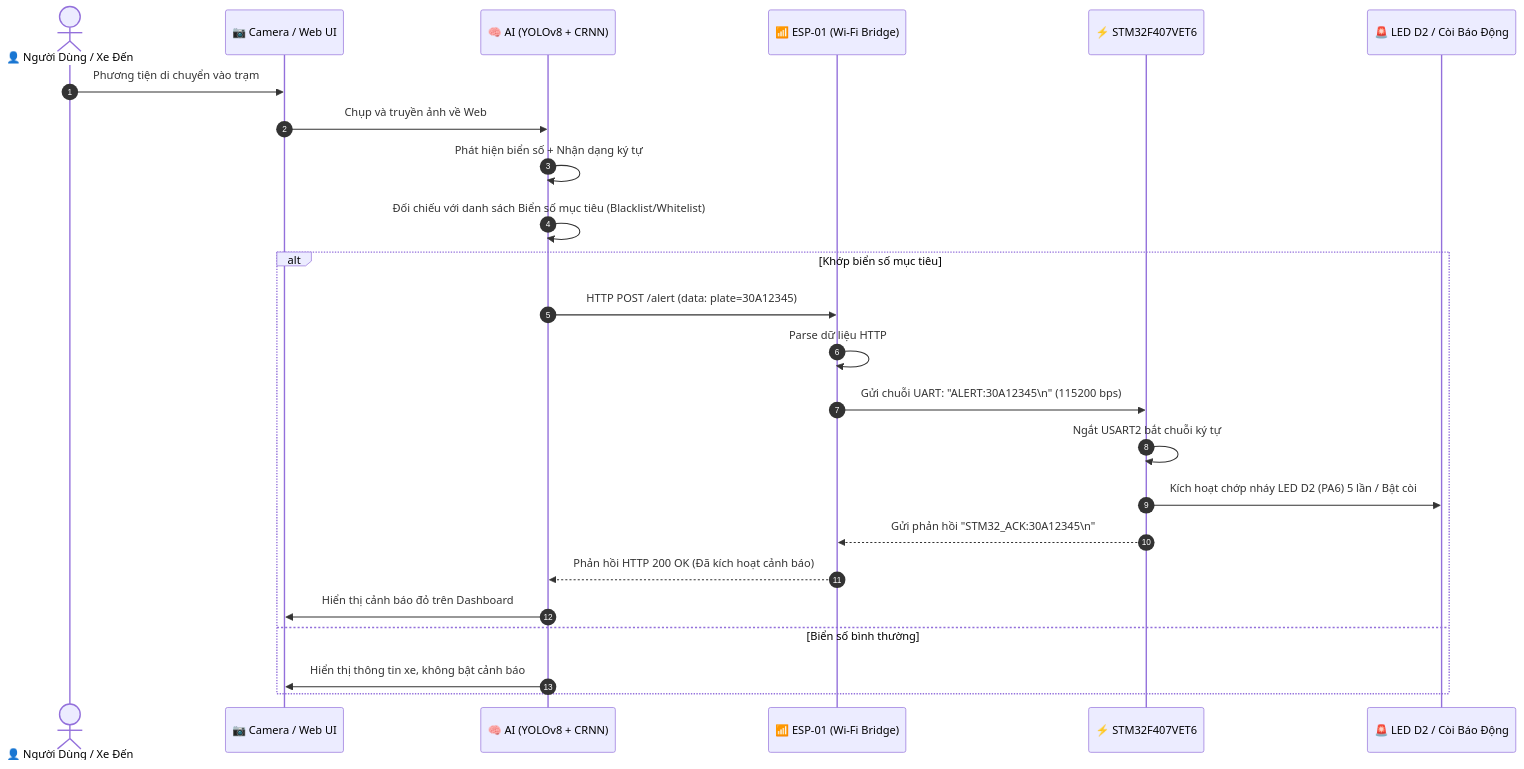
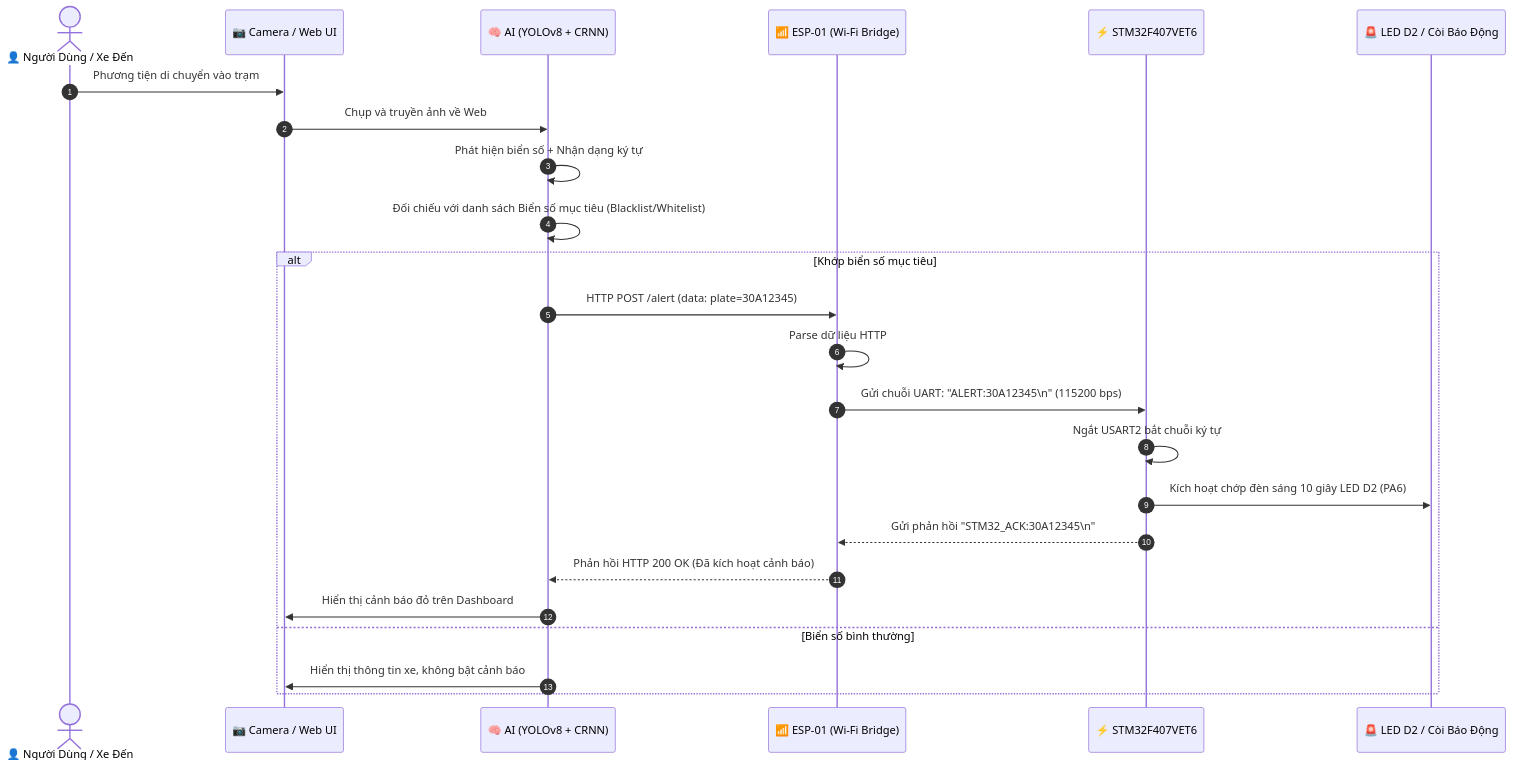
Before and after one commit to thang0989052585-del/DA_KY_523100182_He_Thong_Nhan_dien_bien_so_xe: the fourth of 4 diagrams in README.md, drawn with Mermaid. The commit also changed other lines of this file, not shown here.

````diff
--- a/README.md
+++ b/README.md
@@ -222,27 +222,27 @@
 ```mermaid
 sequenceDiagram
     autonumber
     actor User as 👤 Người Dùng / Xe Đến
     participant Cam as 📷 Camera / Web UI
     participant AI as 🧠 AI (YOLOv8 + CRNN)
     participant ESP as 📶 ESP-01 (Wi-Fi Bridge)
     participant STM as ⚡ STM32F407VET6
     participant Actuator as 🚨 LED D2 / Còi Báo Động
 
     User->>Cam: Phương tiện di chuyển vào trạm
     Cam->>AI: Chụp và truyền ảnh về Web
     AI->>AI: Phát hiện biển số + Nhận dạng ký tự
     AI->>AI: Đối chiếu với danh sách Biển số mục tiêu (Blacklist/Whitelist)
     alt Khớp biển số mục tiêu
         AI->>ESP: HTTP POST /alert (data: plate=30A12345)
         ESP->>ESP: Parse dữ liệu HTTP
         ESP->>STM: Gửi chuỗi UART: "ALERT:30A12345\n" (115200 bps)
         STM->>STM: Ngắt USART2 bắt chuỗi ký tự
-        STM->>Actuator: Kích hoạt chớp nháy LED D2 (PA6) 5 lần / Bật còi
+        STM->>Actuator: Kích hoạt chớp đèn sáng 10 giây LED D2 (PA6)  
         STM-->>ESP: Gửi phản hồi "STM32_ACK:30A12345\n"
         ESP-->>AI: Phản hồi HTTP 200 OK (Đã kích hoạt cảnh báo)
         AI->>Cam: Hiển thị cảnh báo đỏ trên Dashboard
     else Biển số bình thường
         AI->>Cam: Hiển thị thông tin xe, không bật cảnh báo
     end
 ```
````
